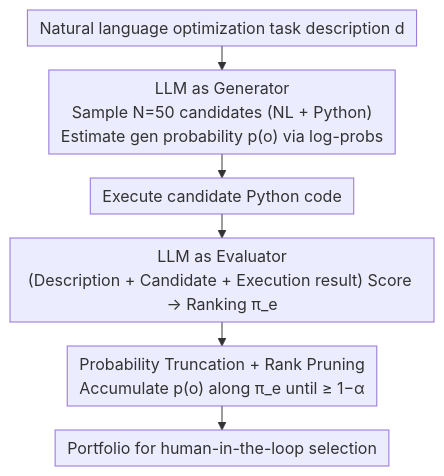
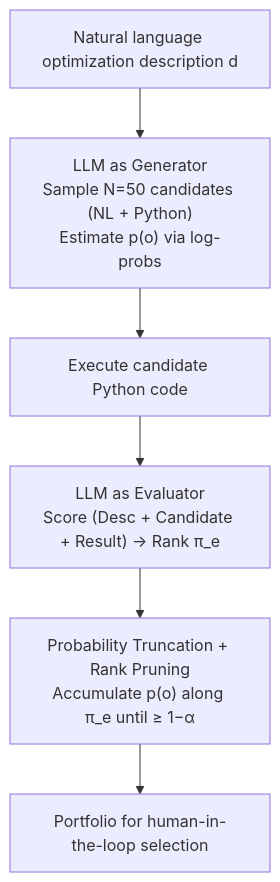
The diagram in docs/ICML2026/aigc_detection/generating_robust_portfolios_of_optimization_models_using_large_language_models.md (zhaoyang97/Paper-Notes-en), drawn with Mermaid before and after one commit. The commit also changed other lines of this file and 5084 other files, not shown here.

````diff
--- a/docs/ICML2026/aigc_detection/generating_robust_portfolios_of_optimization_models_using_large_language_models.md
+++ b/docs/ICML2026/aigc_detection/generating_robust_portfolios_of_optimization_models_using_large_language_models.md
@@ -41,9 +41,8 @@
 ```mermaid
-%%{init: {'flowchart': {'rankSpacing': 24, 'nodeSpacing': 28, 'padding': 6, 'wrappingWidth': 400}}}%%
 flowchart TD
-    D["Natural language optimization task description d"] --> GEN["LLM as Generator<br/>Sample N=50 candidates (NL + Python)<br/>Estimate gen probability p(o) via log-probs"]
+    D["Natural language optimization description d"] --> GEN["LLM as Generator<br/>Sample N=50 candidates (NL + Python)<br/>Estimate p(o) via log-probs"]
     GEN --> EXE["Execute candidate Python code"]
-    EXE --> EVAL["LLM as Evaluator<br/>(Description + Candidate + Execution result) Score → Ranking π_e"]
+    EXE --> EVAL["LLM as Evaluator<br/>Score (Desc + Candidate + Result) → Rank π_e"]
     EVAL --> TRUNC["Probability Truncation + Rank Pruning<br/>Accumulate p(o) along π_e until ≥ 1−α"]
     TRUNC --> PORT["Portfolio for human-in-the-loop selection"]
 ```
````
